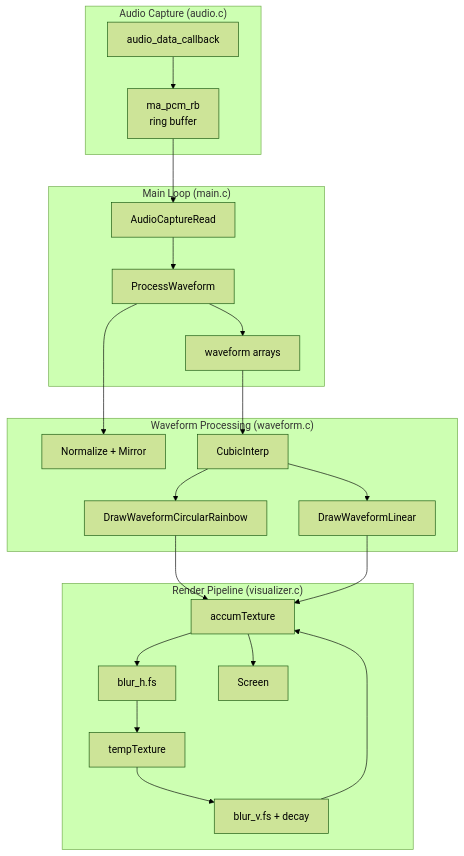
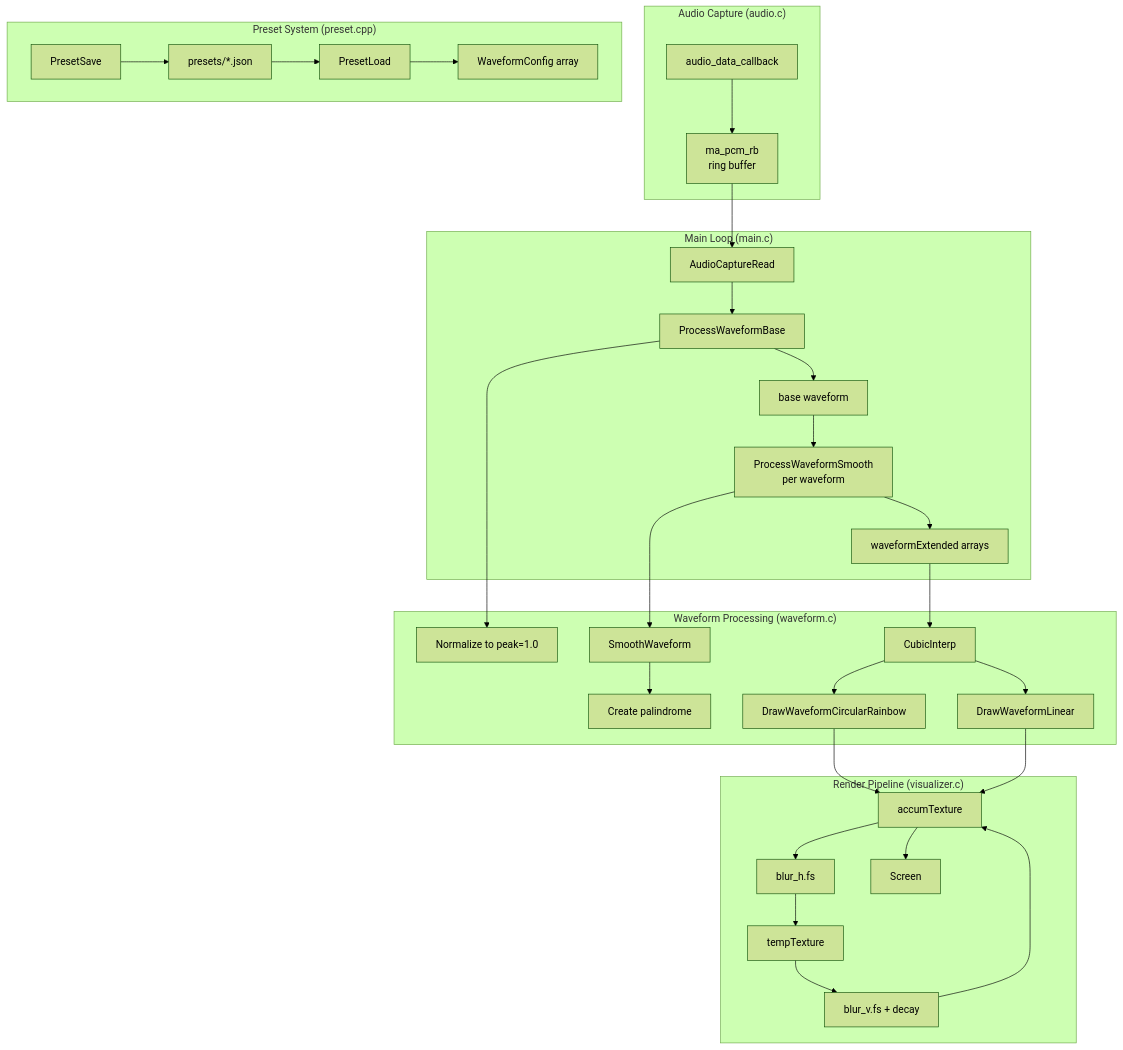
Before and after one commit to EvanLavender13/audio-jones: the diagram in docs/architecture.md, drawn with Mermaid (forest theme). The commit also changed other lines of this file and 1 other file, not shown here.

First line of the commit message:
Sync architecture docs with current implementation

````diff
--- a/docs/architecture.md
+++ b/docs/architecture.md
@@ -11,30 +11,40 @@
 ```mermaid
 flowchart TD
     subgraph Audio["Audio Capture (audio.c)"]
         CB[audio_data_callback] --> RB[ma_pcm_rb<br/>ring buffer]
     end
 
     subgraph Main["Main Loop (main.c)"]
-        RD[AudioCaptureRead] --> PW[ProcessWaveform]
-        PW --> WF[waveform arrays]
+        RD[AudioCaptureRead] --> PWB[ProcessWaveformBase]
+        PWB --> WF[base waveform]
+        WF --> PWS[ProcessWaveformSmooth<br/>per waveform]
+        PWS --> WFE[waveformExtended arrays]
     end
 
     subgraph Waveform["Waveform Processing (waveform.c)"]
-        PW --> NRM[Normalize + Mirror]
-        WF --> CI[CubicInterp]
+        PWB --> NRM[Normalize to peak=1.0]
+        PWS --> SM[SmoothWaveform]
+        SM --> PAL[Create palindrome]
+        WFE --> CI[CubicInterp]
         CI --> DWC[DrawWaveformCircularRainbow]
         CI --> DWL[DrawWaveformLinear]
     end
 
     subgraph Visualizer["Render Pipeline (visualizer.c)"]
         AT[accumTexture] --> BH[blur_h.fs]
         BH --> TT[tempTexture]
         TT --> BV[blur_v.fs + decay]
         BV --> AT
         DWC --> AT
         DWL --> AT
         AT --> SC[Screen]
     end
 
+    subgraph Preset["Preset System (preset.cpp)"]
+        PS[PresetSave] --> JSON[presets/*.json]
+        JSON --> PL[PresetLoad]
+        PL --> CFG[WaveformConfig array]
+    end
+
     RB --> RD
 ```
````
